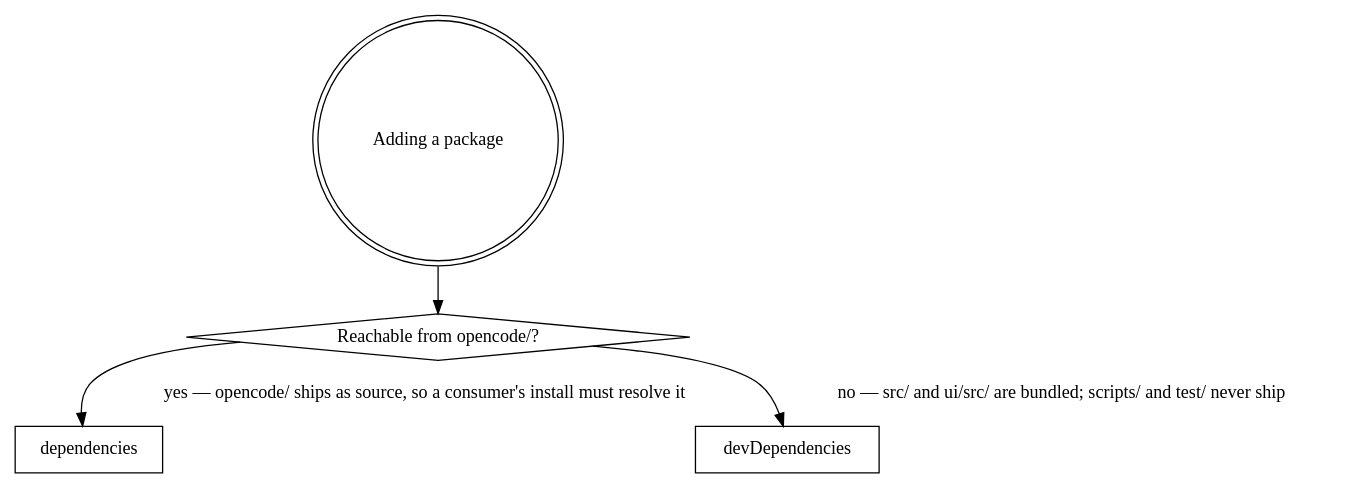
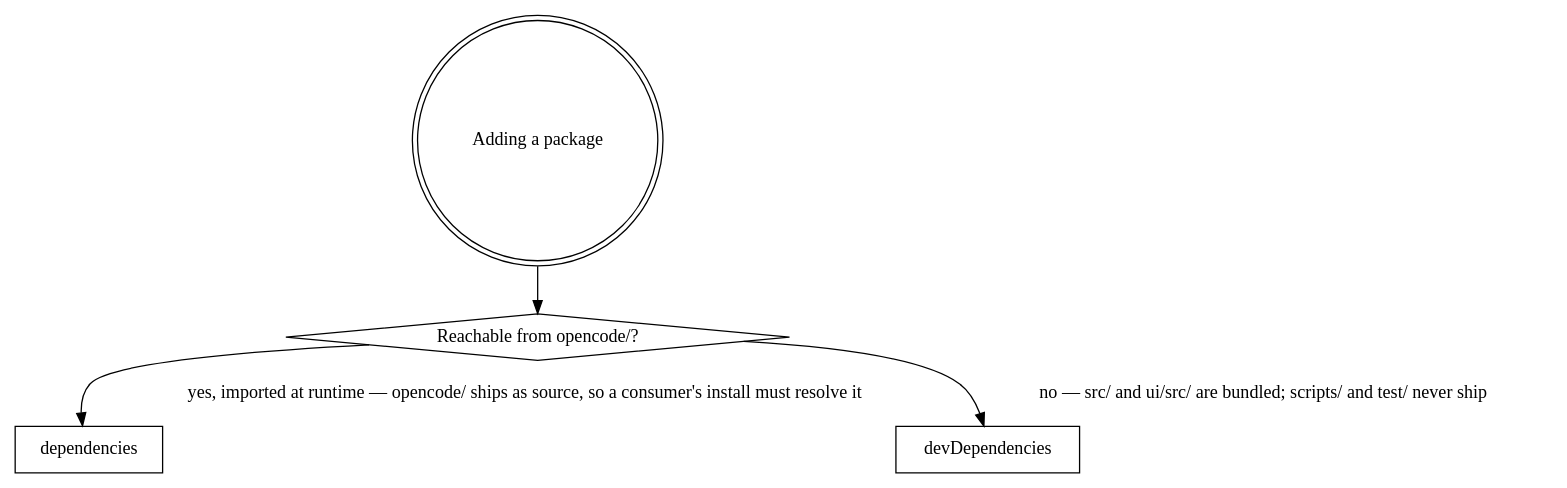
The diagram in doc/agents/dependency-rules.md (macintacos/caret), drawn with Graphviz before and after one commit. The commit also changed other lines of this file and 10 other files, not shown here.

````diff
--- a/doc/agents/dependency-rules.md
+++ b/doc/agents/dependency-rules.md
@@ -44,12 +44,12 @@
 ```graphviz
 digraph caret_dependency_placement {
     "Adding a package" [shape=doublecircle];
     "Reachable from opencode/?" [shape=diamond];
     "dependencies" [shape=box];
     "devDependencies" [shape=box];
 
     "Adding a package" -> "Reachable from opencode/?";
-    "Reachable from opencode/?" -> "dependencies" [label="yes — opencode/ ships as source, so a consumer's install must resolve it"];
+    "Reachable from opencode/?" -> "dependencies" [label="yes, imported at runtime — opencode/ ships as source, so a consumer's install must resolve it"];
     "Reachable from opencode/?" -> "devDependencies" [label="no — src/ and ui/src/ are bundled; scripts/ and test/ never ship"];
 }
 ```
````
